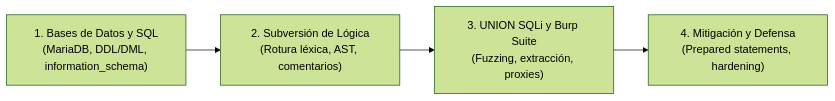
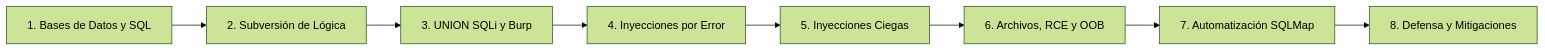
The diagram in pentesting-web/02-sql-injection/README.md (purpesec/Cybersecurity-For-Beginners), drawn with Mermaid (forest theme) before and after one commit. The commit also changed other lines of this file and 7 other files, not shown here.

Commit message:
docs: expand SQLi theory with error-based, blind, advanced exploitation, and sqlmap

````diff
--- a/pentesting-web/02-sql-injection/README.md
+++ b/pentesting-web/02-sql-injection/README.md
@@ -14,6 +14,10 @@
 ```mermaid
 flowchart LR
-    A["1. Bases de Datos y SQL\n(MariaDB, DDL/DML, information_schema)"] --> B["2. Subversión de Lógica\n(Rotura léxica, AST, comentarios)"]
-    B --> C["3. UNION SQLi y Burp Suite\n(Fuzzing, extracción, proxies)"]
-    C --> D["4. Mitigación y Defensa\n(Prepared statements, hardening)"]
+    A["1. Bases de Datos y SQL"] --> B["2. Subversión de Lógica"]
+    B --> C["3. UNION SQLi y Burp"]
+    C --> D["4. Inyecciones por Error"]
+    D --> E["5. Inyecciones Ciegas"]
+    E --> F["6. Archivos, RCE y OOB"]
+    F --> G["7. Automatización SQLMap"]
+    G --> H["8. Defensa y Mitigaciones"]
 ```
````
